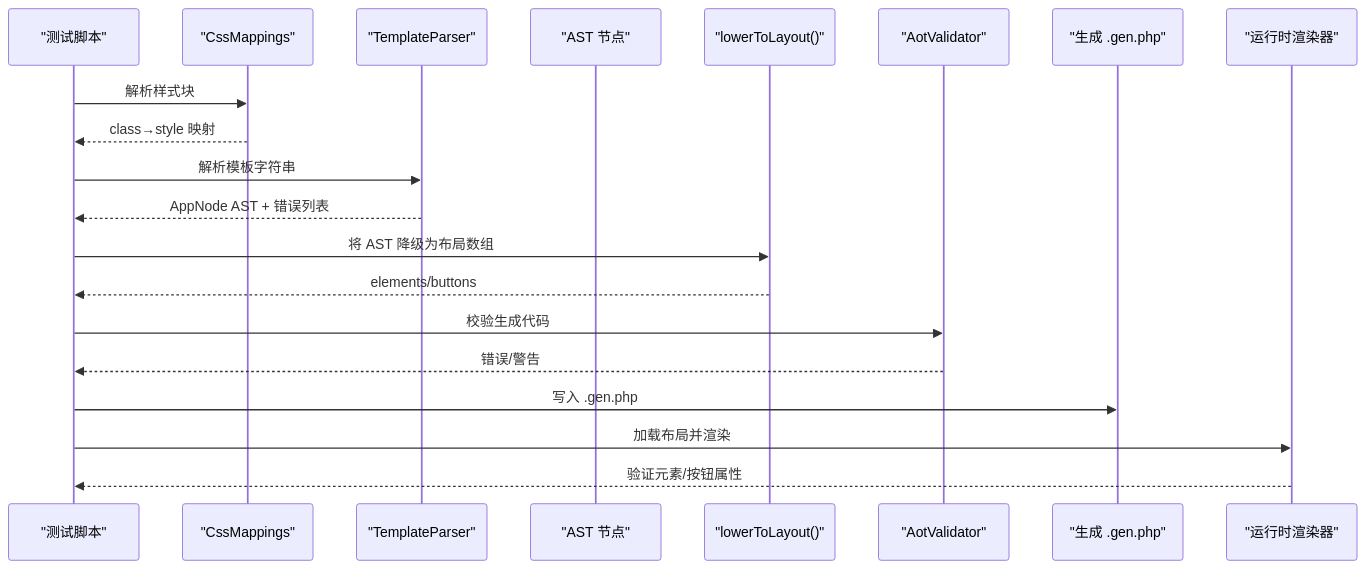
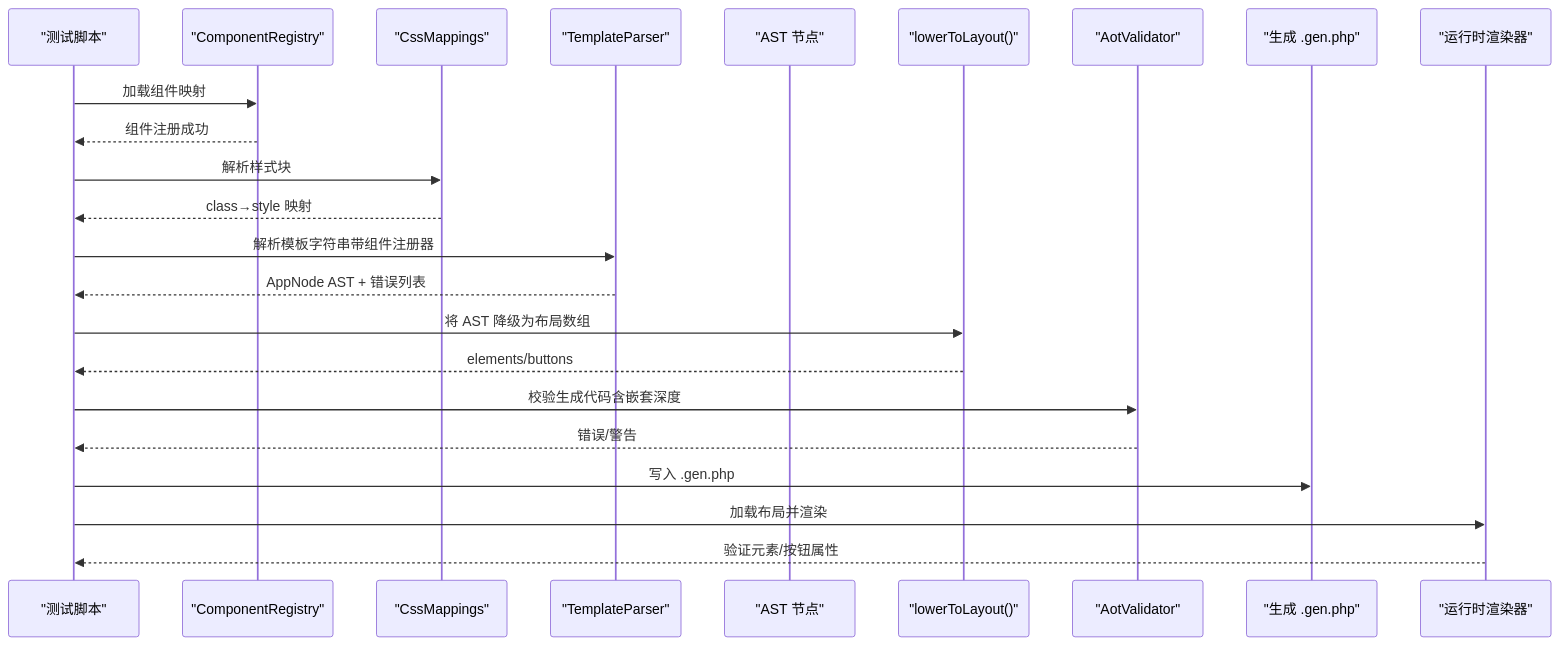
The second of 10 diagrams in .qoder/repowiki/zh/content/测试策略.md (xingye00186/PHP-Data-UI-Framework-powered-by-swooleAOT), drawn with Mermaid before and after one commit. The commit also changed other lines of this file and 7 other files, not shown here.

````diff
--- a/.qoder/repowiki/zh/content/测试策略.md
+++ b/.qoder/repowiki/zh/content/测试策略.md
@@ -123,22 +137,25 @@
 ```mermaid
 sequenceDiagram
 participant U as "测试脚本"
+participant REG as "ComponentRegistry"
 participant CSS as "CssMappings"
 participant TP as "TemplateParser"
 participant AST as "AST 节点"
 participant LG as "lowerToLayout()"
 participant AV as "AotValidator"
 participant GEN as "生成 .gen.php"
 participant RUN as "运行时渲染器"
+U->>REG : 加载组件映射
+REG-->>U : 组件注册成功
 U->>CSS : 解析样式块
 CSS-->>U : class→style 映射
-U->>TP : 解析模板字符串
+U->>TP : 解析模板字符串带组件注册器
 TP-->>U : AppNode AST + 错误列表
 U->>LG : 将 AST 降级为布局数组
 LG-->>U : elements/buttons
-U->>AV : 校验生成代码
+U->>AV : 校验生成代码含嵌套深度
 AV-->>U : 错误/警告
 U->>GEN : 写入 .gen.php
 U->>RUN : 加载布局并渲染
 RUN-->>U : 验证元素/按钮属性
 ```
````
